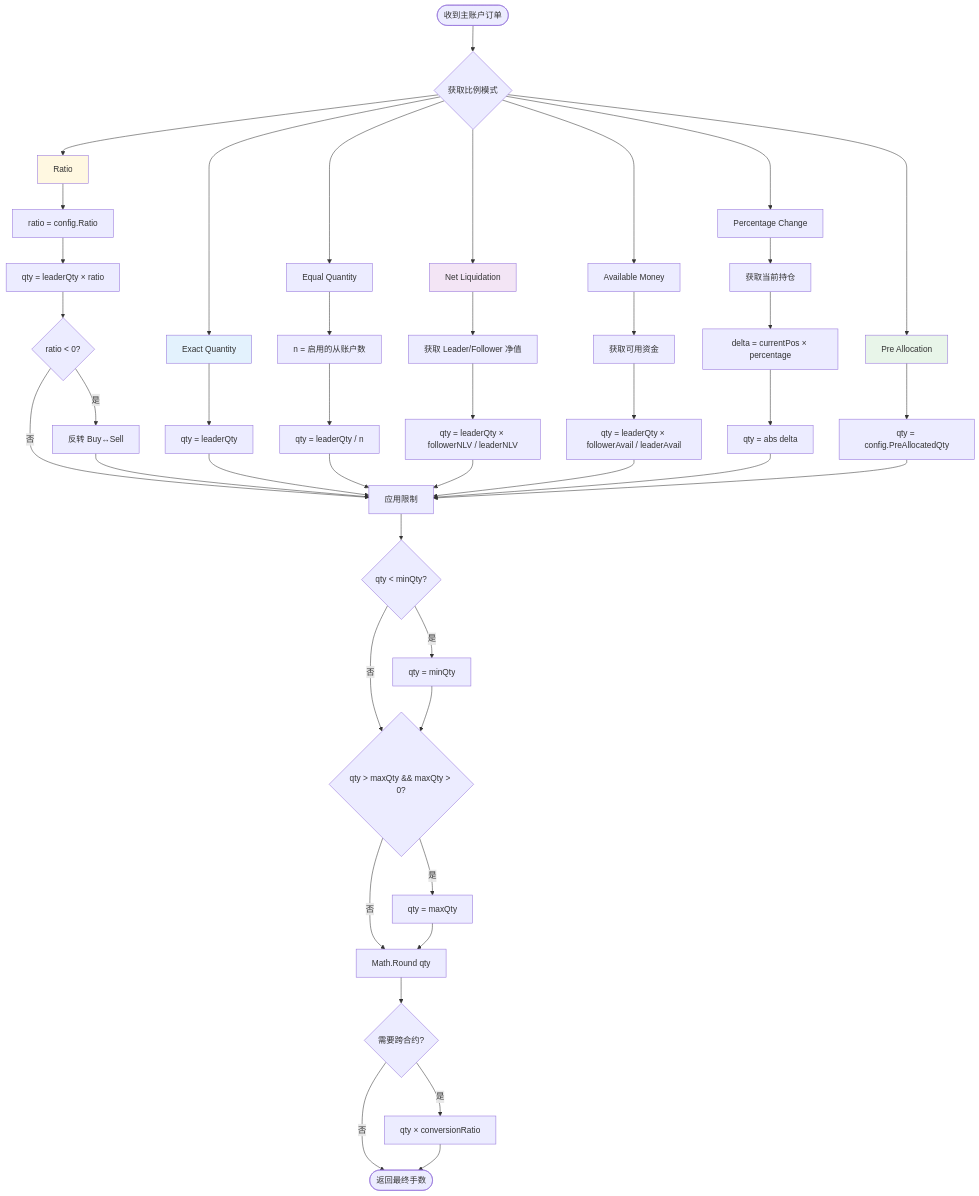
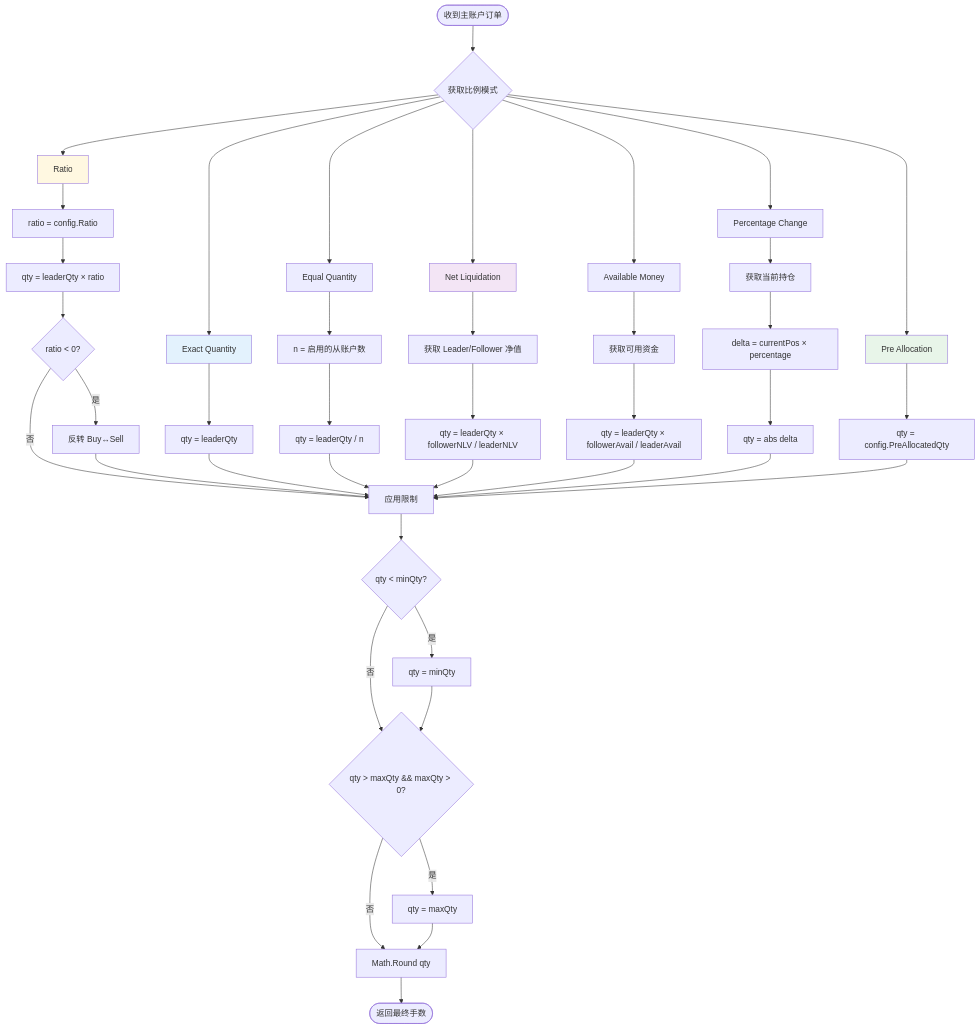
Before and after one commit to MrHuangJser/nt8-plugins: the fourth of 19 diagrams in docs/GroupTradeAddOn-Architecture.md, drawn with Mermaid. The commit also changed other lines of this file and 21 other files, not shown here.

````diff
--- a/docs/GroupTradeAddOn-Architecture.md
+++ b/docs/GroupTradeAddOn-Architecture.md
@@ -512,61 +482,58 @@
 ```mermaid
 flowchart TD
     START([收到主账户订单]) --> GET_MODE{获取比例模式}
 
     GET_MODE --> EXACT[Exact Quantity]
     GET_MODE --> EQUAL[Equal Quantity]
     GET_MODE --> RATIO[Ratio]
     GET_MODE --> NLV[Net Liquidation]
     GET_MODE --> AVAIL[Available Money]
     GET_MODE --> PCT[Percentage Change]
     GET_MODE --> PRE[Pre Allocation]
 
     EXACT --> E1[qty = leaderQty]
 
     EQUAL --> E2[n = 启用的从账户数]
     E2 --> E2B[qty = leaderQty / n]
 
     RATIO --> E3[ratio = config.Ratio]
     E3 --> E3B[qty = leaderQty × ratio]
     E3B --> E3C{ratio < 0?}
     E3C -->|是| E3D[反转 Buy↔Sell]
     E3C -->|否| APPLY
     E3D --> APPLY
 
     NLV --> E4[获取 Leader/Follower 净值]
     E4 --> E4B[qty = leaderQty × followerNLV / leaderNLV]
 
     AVAIL --> E5[获取可用资金]
     E5 --> E5B[qty = leaderQty × followerAvail / leaderAvail]
 
     PCT --> E6[获取当前持仓]
     E6 --> E6B[delta = currentPos × percentage]
     E6B --> E6C[qty = abs delta]
 
     PRE --> E7[qty = config.PreAllocatedQty]
 
     E1 --> APPLY
     E2B --> APPLY
     E4B --> APPLY
     E5B --> APPLY
     E6C --> APPLY
     E7 --> APPLY
 
     APPLY[应用限制] --> MIN{qty < minQty?}
     MIN -->|是| SET_MIN[qty = minQty]
     MIN -->|否| MAX{qty > maxQty && maxQty > 0?}
     SET_MIN --> MAX
     MAX -->|是| SET_MAX[qty = maxQty]
     MAX -->|否| ROUND
     SET_MAX --> ROUND
 
-    ROUND[Math.Round qty] --> CROSS{需要跨合约?}
-    CROSS -->|是| CONVERT[qty × conversionRatio]
-    CROSS -->|否| END
-    CONVERT --> END([返回最终手数])
+    ROUND[Math.Round qty] --> END([返回最终手数])
 
     style EXACT fill:#e3f2fd
     style RATIO fill:#fff8e1
     style NLV fill:#f3e5f5
     style PRE fill:#e8f5e9
 ```
````
